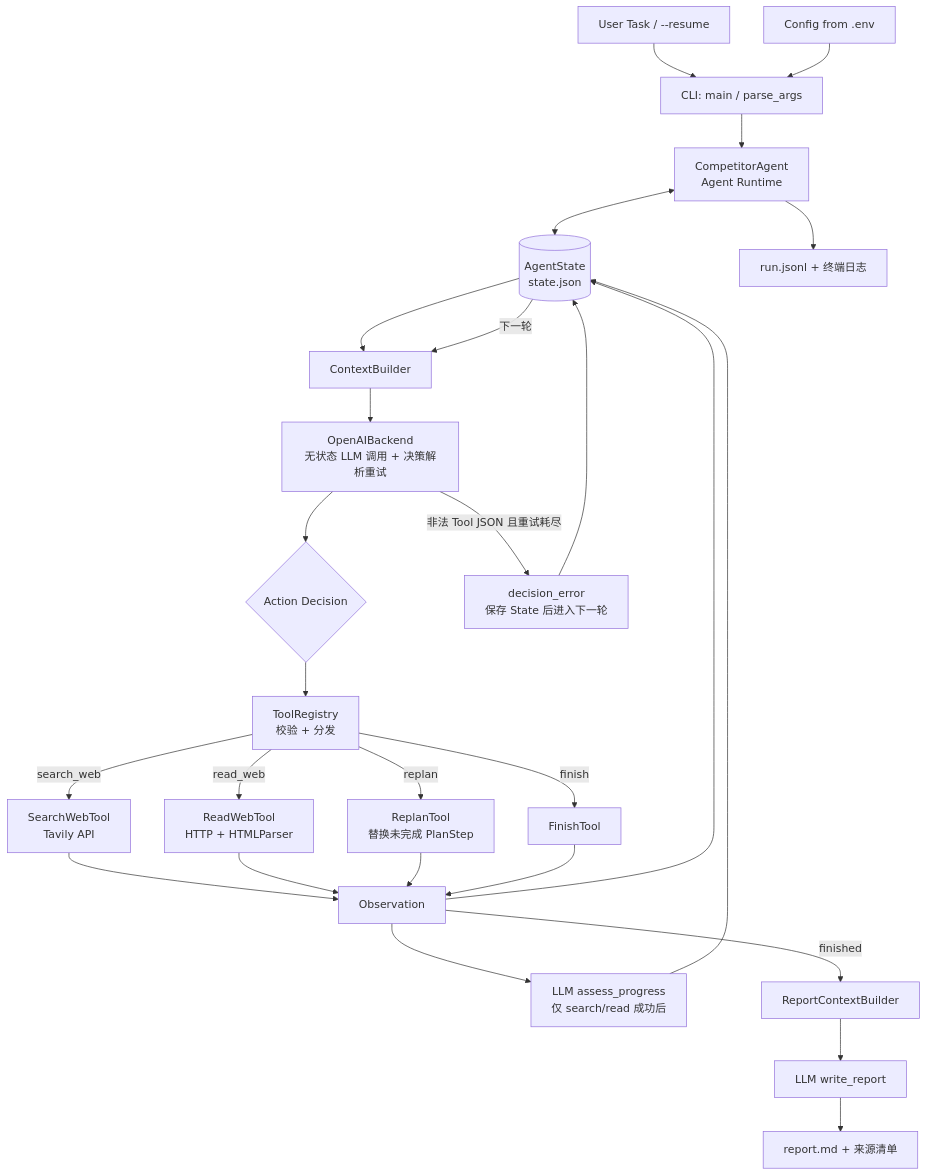
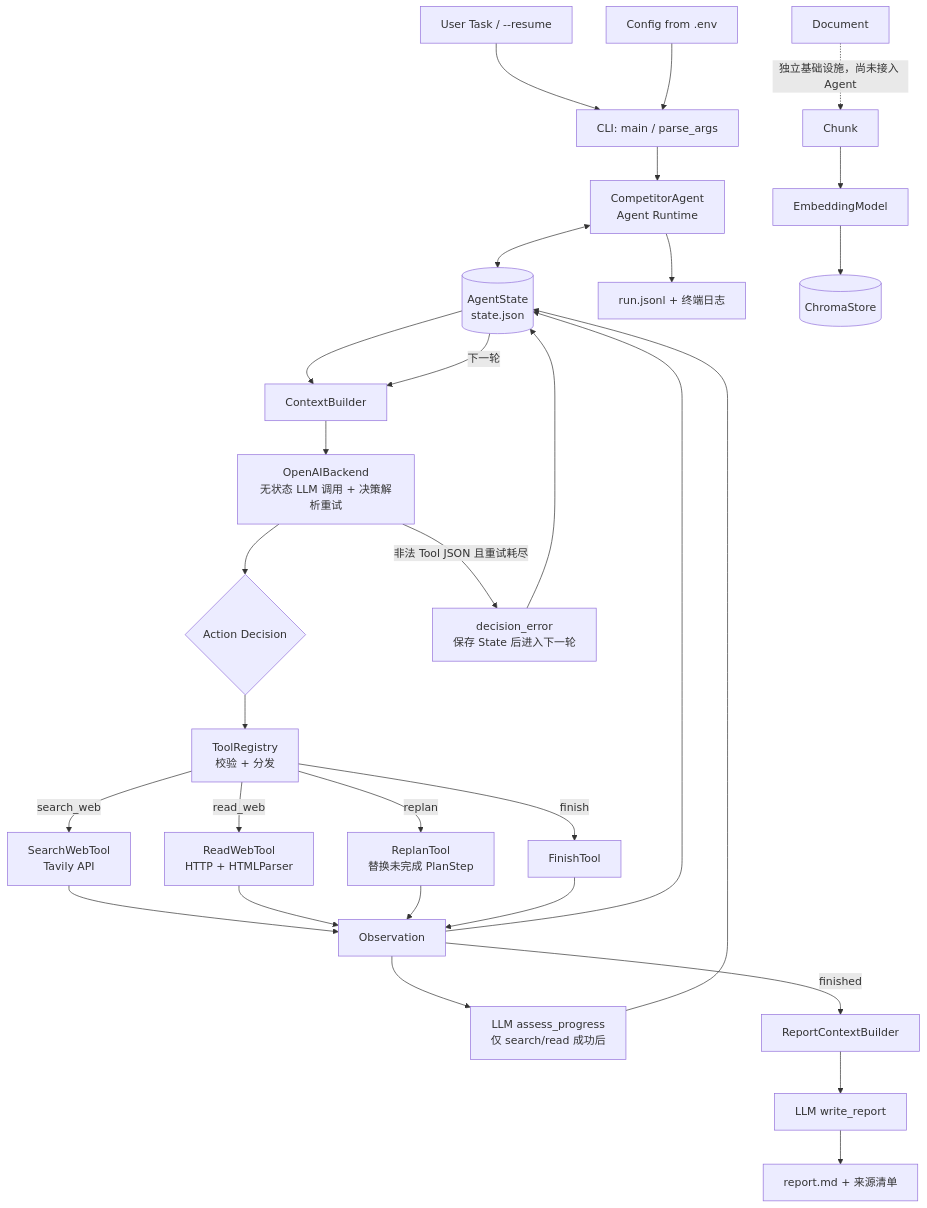
Before and after one commit to chiye0916/agent-competitor: the first of 3 diagrams in docs/ARCHITECTURE.md, drawn with Mermaid. The commit also changed other lines of this file and 17 other files, not shown here.

````diff
--- a/docs/ARCHITECTURE.md
+++ b/docs/ARCHITECTURE.md
@@ -9,29 +9,33 @@
 ```mermaid
 flowchart TD
     U[User Task / --resume] --> CLI[CLI: main / parse_args]
     CFG[Config from .env] --> CLI
     CLI --> A[CompetitorAgent<br/>Agent Runtime]
     A <--> S[(AgentState<br/>state.json)]
     S --> C[ContextBuilder]
     C --> L[OpenAIBackend<br/>无状态 LLM 调用 + 决策解析重试]
     L --> D{Action Decision}
     L -->|非法 Tool JSON 且重试耗尽| DE[decision_error<br/>保存 State 后进入下一轮]
     DE --> S
     D --> TR[ToolRegistry<br/>校验 + 分发]
     TR -->|search_web| SW[SearchWebTool<br/>Tavily API]
     TR -->|read_web| RW[ReadWebTool<br/>HTTP + HTMLParser]
     TR -->|replan| RP[ReplanTool<br/>替换未完成 PlanStep]
     TR -->|finish| FN[FinishTool]
     SW --> O[Observation]
     RW --> O
     RP --> O
     FN --> O
     O --> PA[LLM assess_progress<br/>仅 search/read 成功后]
     PA --> S
     O --> S
     S -->|下一轮| C
     O -->|finished| RC[ReportContextBuilder]
     RC --> WR[LLM write_report]
     WR --> R[report.md + 来源清单]
     A --> J[run.jsonl + 终端日志]
+
+    DOC[Document] -. 独立基础设施，尚未接入 Agent .-> CH[Chunk]
+    CH --> EM[EmbeddingModel]
+    EM --> VS[(ChromaStore)]
 ```
````
